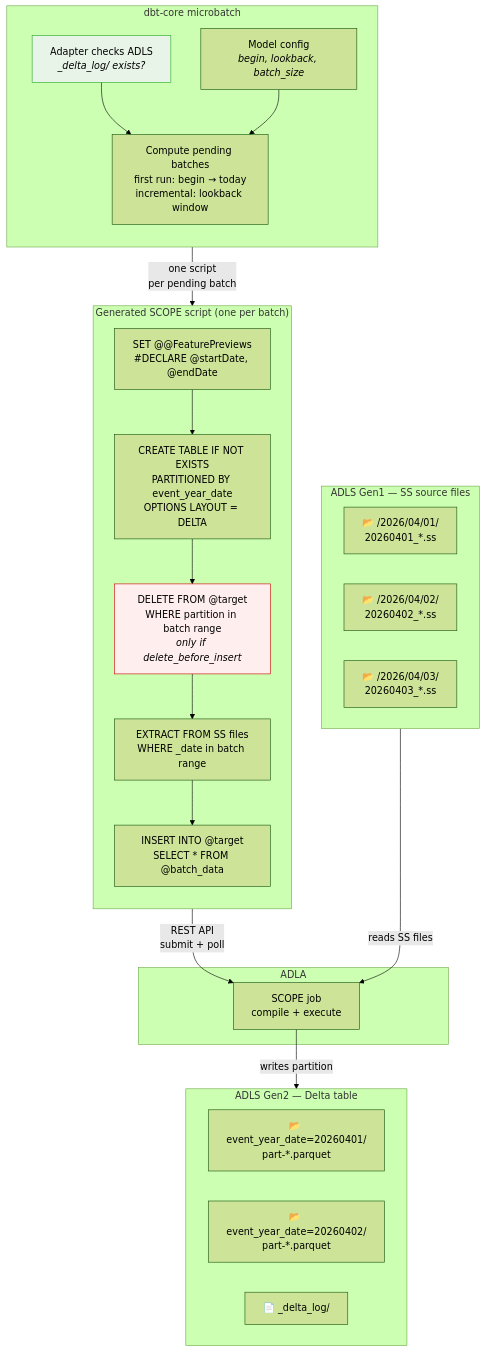
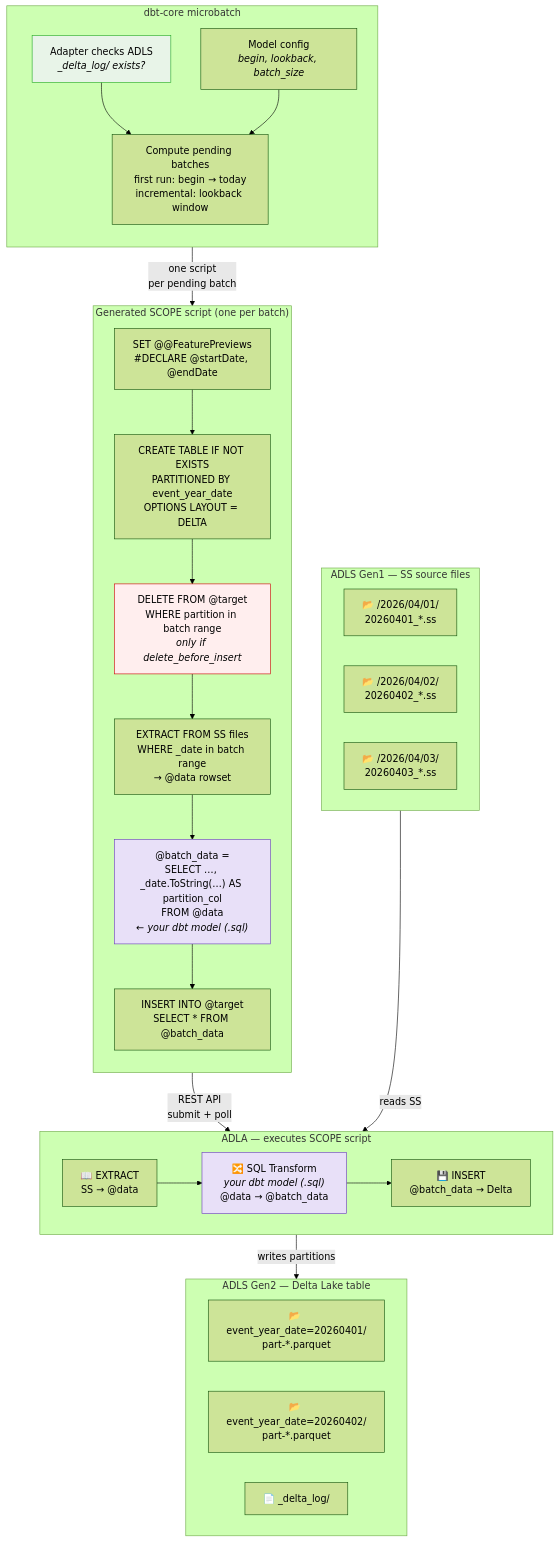
The diagram in README.md (microsoft/dbt-scope), drawn with Mermaid (forest theme) before and after one commit.

Commit message:
Update diagram

````diff
--- a/README.md
+++ b/README.md
@@ -58,47 +58,54 @@
 ```mermaid
 flowchart TB
     subgraph Sources["ADLS Gen1 — SS source files"]
         direction LR
         SS1["📂 /2026/04/01/<br/>20260401_*.ss"]
         SS2["📂 /2026/04/02/<br/>20260402_*.ss"]
         SS3["📂 /2026/04/03/<br/>20260403_*.ss"]
     end
 
     subgraph dbt["dbt-core microbatch"]
         direction TB
         Detect["Adapter checks ADLS<br/><i>_delta_log/ exists?</i>"]
         Config["Model config<br/><i>begin, lookback, batch_size</i>"]
         BatchCalc["Compute pending batches<br/>first run: begin → today<br/>incremental: lookback window"]
         Detect --> BatchCalc
         Config --> BatchCalc
     end
 
     subgraph Batch["Generated SCOPE script (one per batch)"]
         direction TB
         S1["SET @@FeaturePreviews<br/>#DECLARE @startDate, @endDate"]
         DDL["CREATE TABLE IF NOT EXISTS<br/>PARTITIONED BY event_year_date<br/>OPTIONS LAYOUT = DELTA"]
         DEL["DELETE FROM @target<br/>WHERE partition in batch range<br/><i>only if delete_before_insert</i>"]
-        EXT["EXTRACT FROM SS files<br/>WHERE _date in batch range"]
+        EXT["EXTRACT FROM SS files<br/>WHERE _date in batch range<br/>→ @data rowset"]
+        TX["@batch_data =<br/>SELECT …, _date.ToString(…) AS partition_col<br/>FROM @data<br/><i>← your dbt model (.sql)</i>"]
         INS["INSERT INTO @target<br/>SELECT * FROM @batch_data"]
-        S1 --> DDL --> DEL --> EXT --> INS
+        S1 --> DDL --> DEL --> EXT --> TX --> INS
     end
 
-    subgraph ADLA["ADLA"]
-        Job["SCOPE job<br/>compile + execute"]
+    subgraph ADLA["ADLA — executes SCOPE script"]
+        direction LR
+        Read["📖 EXTRACT<br/>SS → @data"]
+        SqlTx["🔀 SQL Transform<br/><i>your dbt model (.sql)</i><br/>@data → @batch_data"]
+        Write["💾 INSERT<br/>@batch_data → Delta"]
+        Read --> SqlTx --> Write
     end
 
-    subgraph Target["ADLS Gen2 — Delta table"]
+    subgraph Target["ADLS Gen2 — Delta Lake table"]
         direction LR
         P1["📂 event_year_date=20260401/<br/>part-*.parquet"]
         P2["📂 event_year_date=20260402/<br/>part-*.parquet"]
         DL["📄 _delta_log/"]
     end
 
     BatchCalc -- "one script<br/>per pending batch" --> Batch
-    INS -- "REST API<br/>submit + poll" --> Job
-    SS1 -- "reads SS files" --> Job
-    Job -- "writes partition" --> P1
+    Batch -- "REST API<br/>submit + poll" --> ADLA
+    SS1 -- "reads SS" --> Read
+    Write -- "writes partitions" --> P1
 
     style DEL fill:#fee,stroke:#c00
     style Detect fill:#e8f4e8,stroke:#2a2
+    style SqlTx fill:#e8e0f8,stroke:#6a3cbc
+    style TX fill:#e8e0f8,stroke:#6a3cbc
 ```
````
